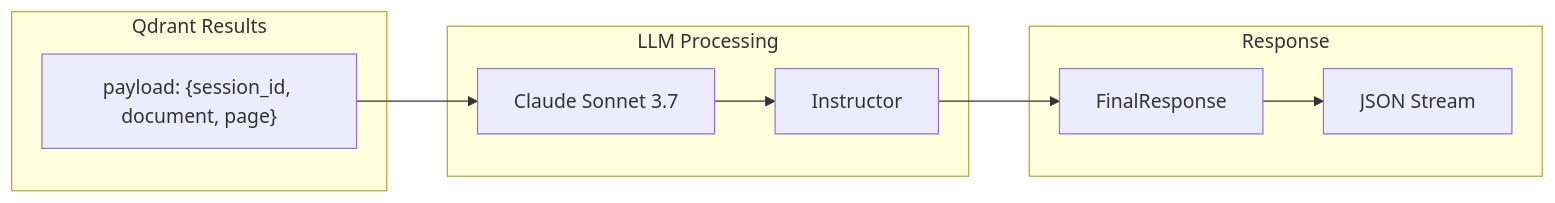
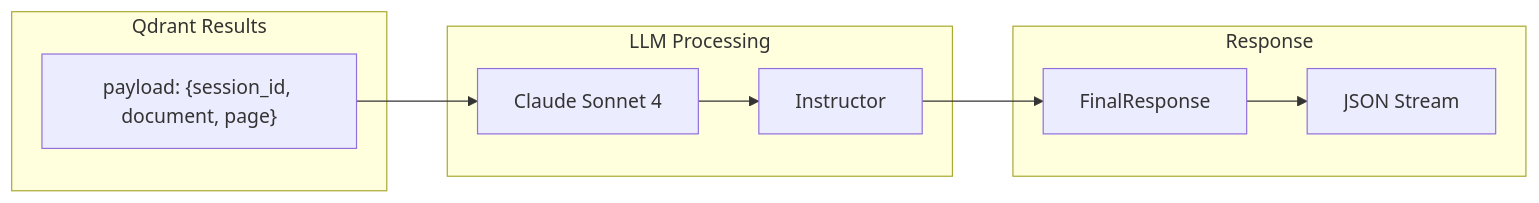
The second of 2 diagrams in docs/modules/models.md (akosgintl/colpali-rag-app), drawn with Mermaid before and after one commit. The commit also changed other lines of this file and 84 other files, not shown here.

````diff
--- a/docs/modules/models.md
+++ b/docs/modules/models.md
@@ -203,21 +112,21 @@
 ```mermaid
 graph LR
     subgraph Input["Qdrant Results"]
         Payload["payload: {session_id, document, page}"]
     end
 
     subgraph Processing["LLM Processing"]
-        Claude["Claude Sonnet 3.7"]
+        Claude["Claude Sonnet 4"]
         Instructor["Instructor"]
     end
 
     subgraph Output["Response"]
         FinalResponse["FinalResponse"]
         JSON["JSON Stream"]
     end
 
     Payload --> Claude
     Claude --> Instructor
     Instructor --> FinalResponse
     FinalResponse --> JSON
 ```
````
